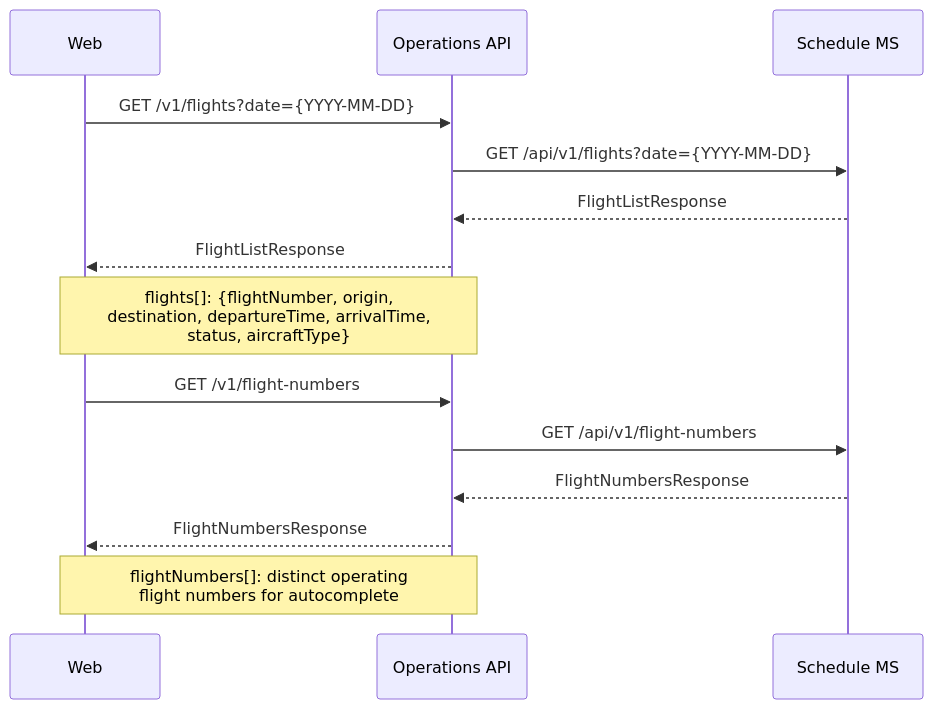
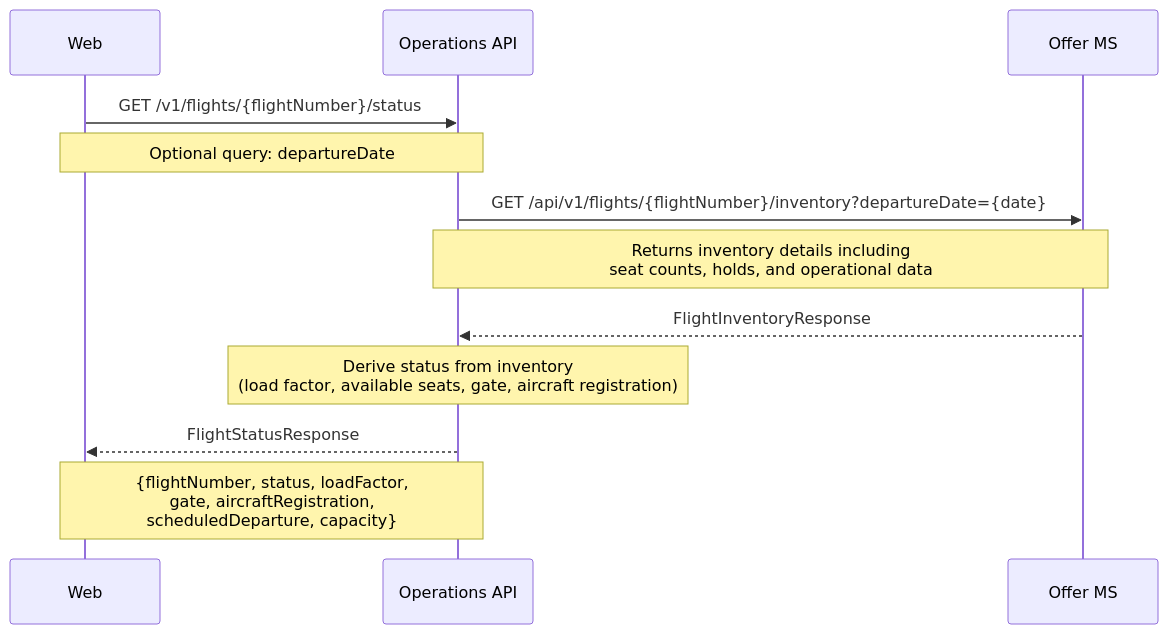
The fourth of 5 diagrams in documentation/sequences/schedule.md (sebharvey/airline-reservation-system), drawn with Mermaid before and after one commit. The commit also changed other lines of this file and 11 other files, not shown here.

````diff
--- a/documentation/sequences/schedule.md
+++ b/documentation/sequences/schedule.md
@@ -91,18 +92,18 @@
 ```mermaid
 sequenceDiagram
     participant Web
     participant OpsAPI as Operations API
-    participant ScheduleMS as Schedule MS
+    participant OfferMS as Offer MS
 
-    Web->>OpsAPI: GET /v1/flights?date={YYYY-MM-DD}
-    OpsAPI->>ScheduleMS: GET /api/v1/flights?date={YYYY-MM-DD}
-    ScheduleMS-->>OpsAPI: FlightListResponse
-    OpsAPI-->>Web: FlightListResponse
-    Note over OpsAPI,Web: flights[]: {flightNumber, origin,<br/>destination, departureTime, arrivalTime,<br/>status, aircraftType}
+    Web->>OpsAPI: GET /v1/flights/{flightNumber}/status
+    Note over Web,OpsAPI: Optional query: departureDate
 
-    Web->>OpsAPI: GET /v1/flight-numbers
-    OpsAPI->>ScheduleMS: GET /api/v1/flight-numbers
-    ScheduleMS-->>OpsAPI: FlightNumbersResponse
-    OpsAPI-->>Web: FlightNumbersResponse
-    Note over OpsAPI,Web: flightNumbers[]: distinct operating<br/>flight numbers for autocomplete
+    OpsAPI->>OfferMS: GET /api/v1/flights/{flightNumber}/inventory?departureDate={date}
+    Note over OpsAPI,OfferMS: Returns inventory details including<br/>seat counts, holds, and operational data
+    OfferMS-->>OpsAPI: FlightInventoryResponse
+
+    Note over OpsAPI: Derive status from inventory<br/>(load factor, available seats, gate, aircraft registration)
+
+    OpsAPI-->>Web: FlightStatusResponse
+    Note over OpsAPI,Web: {flightNumber, status, loadFactor,<br/>gate, aircraftRegistration,<br/>scheduledDeparture, capacity}
 ```
````
